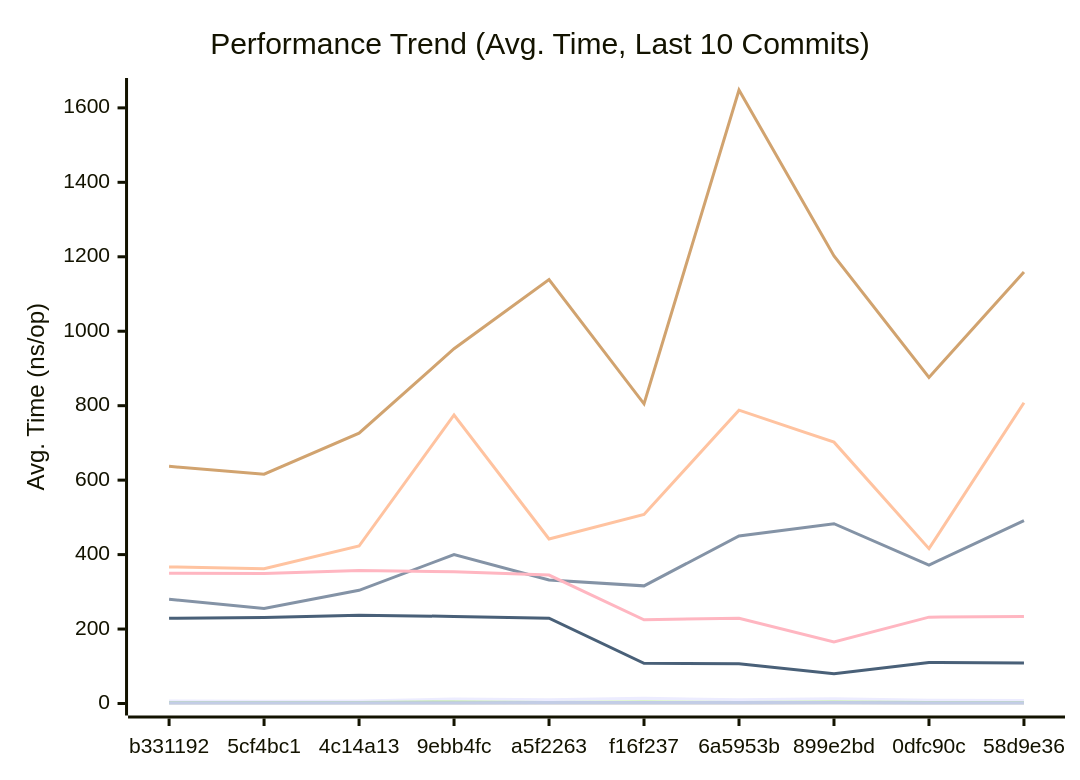
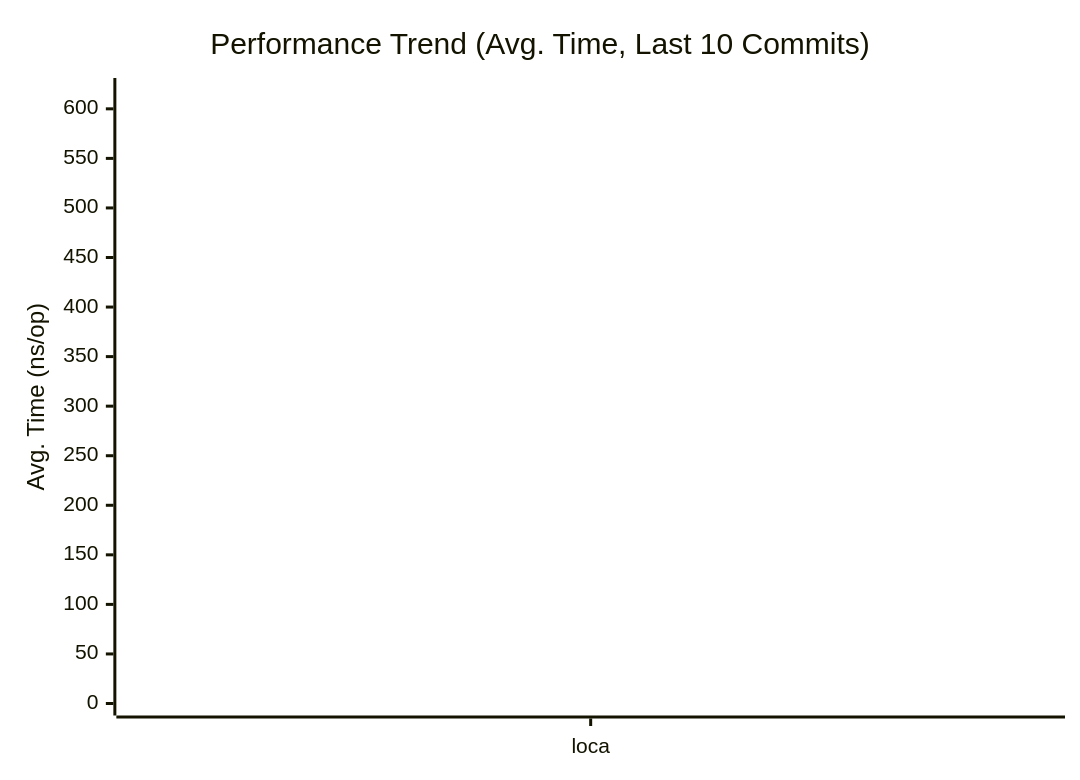
One commit to alsotoes/momo changed the first of 3 diagrams in docs/PERFORMANCE.md. Above: the diagram before and after it, drawn with Mermaid. The commit also changed other lines of this file and 14 other files, not shown here.

````diff
--- a/docs/PERFORMANCE.md
+++ b/docs/PERFORMANCE.md
@@ -80,16 +80,16 @@
 ```mermaid
 xychart-beta
     title "Performance Trend (Avg. Time, Last 10 Commits)"
     x-axis "Commit"
     y-axis "Avg. Time (ns/op)"
-    x-axis [b331192,5cf4bc1,4c14a13,9ebb4fc,a5f2263,f16f237,6a5953b,899e2bd,0dfc90c,58d9e36]
-    line "CheckMetricsAndSwap" [7,6,7,12,10,14,10,13,9,8]
-    line "CrushOptimized" [280,255,304,400,332,316,450,483,372,491]
-    line "CrushOriginal" [367,362,423,775,442,508,788,702,416,808]
-    line "IndexDirectTracking" [0,0,0,0,0,0,0,1,0,0]
-    line "IndexSearch" [3,3,3,4,3,4,3,4,3,3]
-    line "LoadGlobalConfig" [637,616,726,953,1139,805,1648,1202,876,1159]
-    line "PadString" [2,2,2,2,3,3,3,3,2,2]
+    x-axis [loca]
+    line "CheckMetricsAndSwap" [6,7,14,7,6,6,7,7,6,8]
+    line "CrushOptimized" [265,295,618,264,255,245,263,280,255,293]
+    line "CrushOriginal" [399,426,831,362,367,368,359,367,362,401]
+    line "IndexDirectTracking" [0,0,1,0,0,0,0,0,0,0]
+    line "IndexSearch" [3,3,4,3,3,3,3,3,3,3]
+    line "LoadGlobalConfig" [619,815,1442,632,613,599,626,637,616,649]
+    line "PadString" [2,2,3,2,2,2,2,2,2,2]
     line "ParseReplicationOrder_NoPrealloc" [350,349,357,354,345,225,229,165,232,234]
     line "ParseReplicationOrder_Prealloc" [229,231,237,234,229,108,107,80,110,109]
 ```
````
